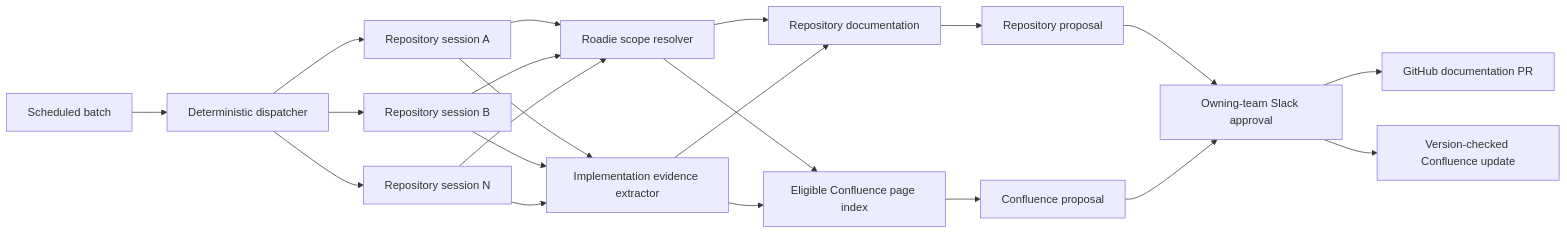
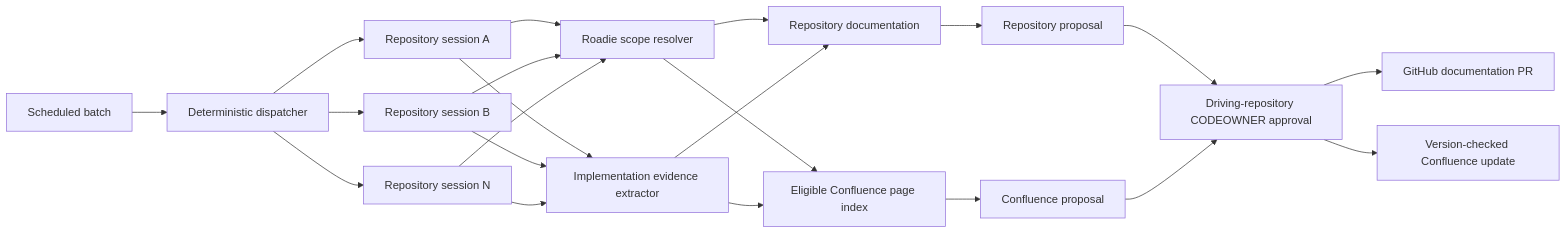
The first of 3 diagrams in docs/system-plan.md (cgillions/doc-updater), drawn with Mermaid before and after one commit. The commit also changed other lines of this file, not shown here.

Commit message:
enhance plan with CODEOWNERS approval gate via Slack custom actions

````diff
--- a/docs/system-plan.md
+++ b/docs/system-plan.md
@@ -26,29 +26,29 @@
 ```mermaid
 flowchart LR
     S["Scheduled batch"] --> D["Deterministic dispatcher"]
     D --> J1["Repository session A"]
     D --> J2["Repository session B"]
     D --> JN["Repository session N"]
 
     J1 --> R["Roadie scope resolver"]
     J2 --> R
     JN --> R
     J1 --> I["Implementation evidence extractor"]
     J2 --> I
     JN --> I
 
     R --> RD["Repository documentation"]
     R --> CI["Eligible Confluence page index"]
 
     I --> RD
     I --> CI
 
     RD --> P1["Repository proposal"]
     CI --> P2["Confluence proposal"]
 
-    P1 --> A["Owning-team Slack approval"]
+    P1 --> A["Driving-repository CODEOWNER approval"]
     P2 --> A
 
     A --> G["GitHub documentation PR"]
     A --> C["Version-checked Confluence update"]
 ```
````
